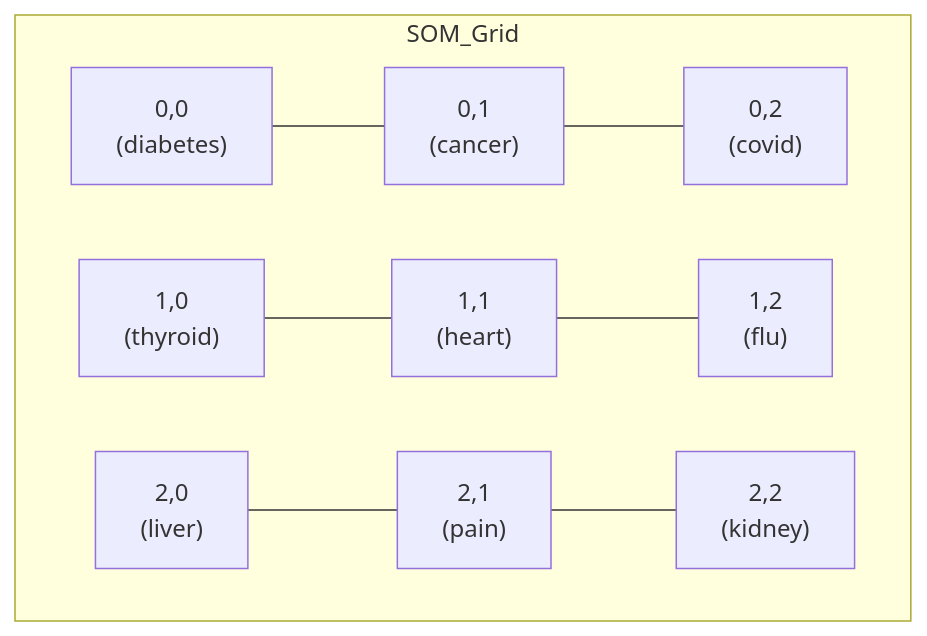
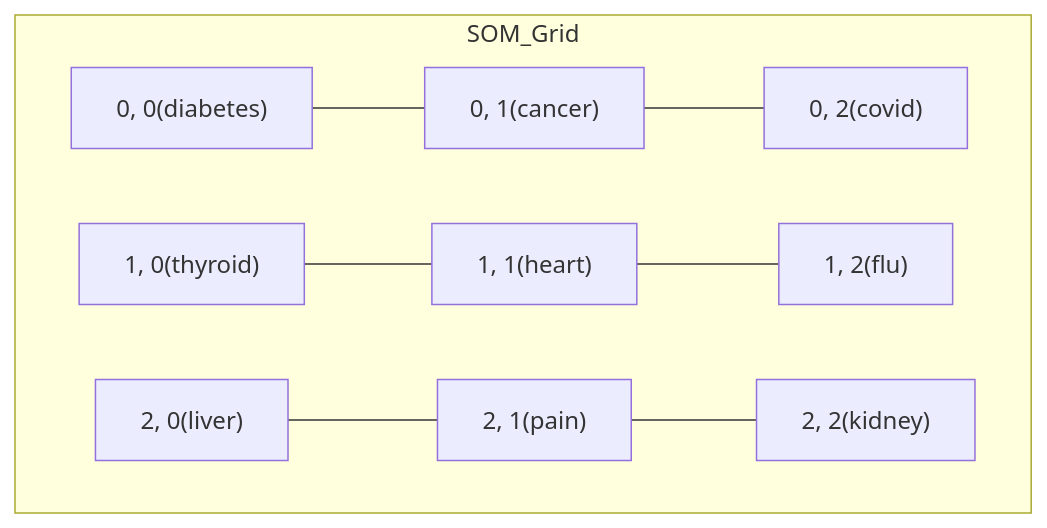
The second of 4 diagrams in README.md (satyaki-mitra/MediMap-XAI), drawn with Mermaid before and after one commit. The commit also changed other lines of this file, not shown here.

````diff
--- a/README.md
+++ b/README.md
@@ -209,8 +209,8 @@
 ```mermaid
 graph TD
     subgraph SOM_Grid
-        A1["0,0\n(diabetes)"] --- A2["0,1\n(cancer)"] --- A3["0,2\n(covid)"]
-        B1["1,0\n(thyroid)"] --- B2["1,1\n(heart)"] --- B3["1,2\n(flu)"]
-        C1["2,0\n(liver)"] --- C2["2,1\n(pain)"] --- C3["2,2\n(kidney)"]
+        A1["0, 0(diabetes)"] --- A2["0, 1(cancer)"] --- A3["0, 2(covid)"]
+        B1["1, 0(thyroid)"] --- B2["1, 1(heart)"] --- B3["1, 2(flu)"]
+        C1["2, 0(liver)"] --- C2["2, 1(pain)"] --- C3["2, 2(kidney)"]
     end
 ```
````
